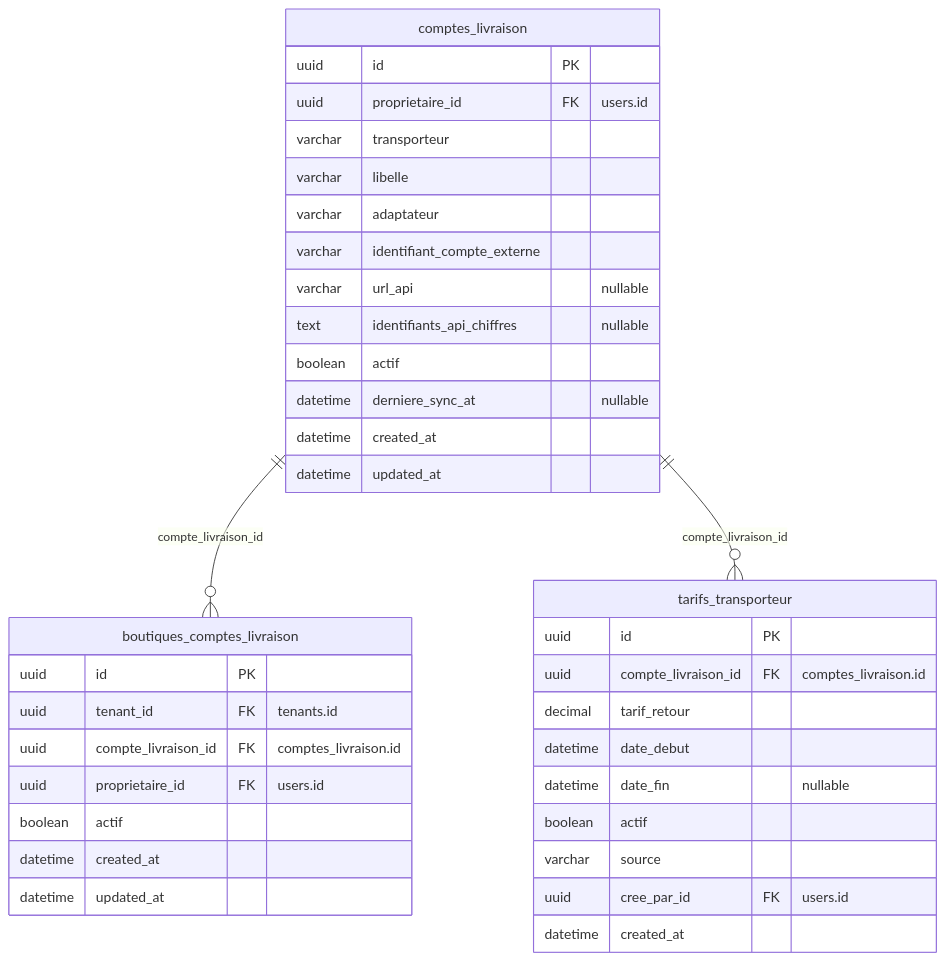
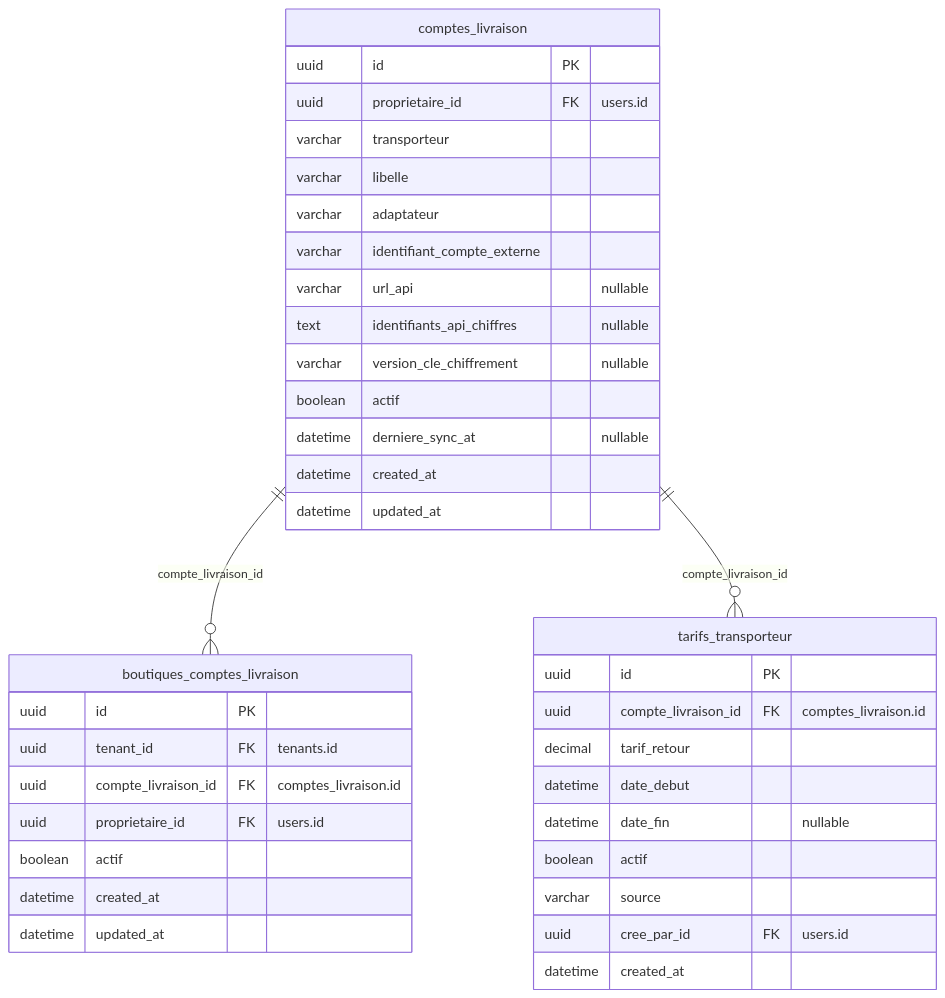
Before and after one commit to unitealfa/saas-ecom: the seventh of 37 diagrams in Schema-BDD-SaaS-Ecommerce-UUID.md, drawn with Mermaid. The commit also changed other lines of this file, not shown here.

````diff
--- a/Schema-BDD-SaaS-Ecommerce-UUID.md
+++ b/Schema-BDD-SaaS-Ecommerce-UUID.md
@@ -576,40 +576,41 @@
 ```mermaid
 erDiagram
     direction TB
     comptes_livraison {
         uuid id PK
         uuid proprietaire_id FK "users.id"
         varchar transporteur
         varchar libelle
         varchar adaptateur
         varchar identifiant_compte_externe
         varchar url_api "nullable"
         text identifiants_api_chiffres "nullable"
+        varchar version_cle_chiffrement "nullable"
         boolean actif
         datetime derniere_sync_at "nullable"
         datetime created_at
         datetime updated_at
     }
     boutiques_comptes_livraison {
         uuid id PK
         uuid tenant_id FK "tenants.id"
         uuid compte_livraison_id FK "comptes_livraison.id"
         uuid proprietaire_id FK "users.id"
         boolean actif
         datetime created_at
         datetime updated_at
     }
     tarifs_transporteur {
         uuid id PK
         uuid compte_livraison_id FK "comptes_livraison.id"
         decimal tarif_retour
         datetime date_debut
         datetime date_fin "nullable"
         boolean actif
         varchar source
         uuid cree_par_id FK "users.id"
         datetime created_at
     }
     comptes_livraison ||--o{ boutiques_comptes_livraison : compte_livraison_id
     comptes_livraison ||--o{ tarifs_transporteur : compte_livraison_id
 ```
````
